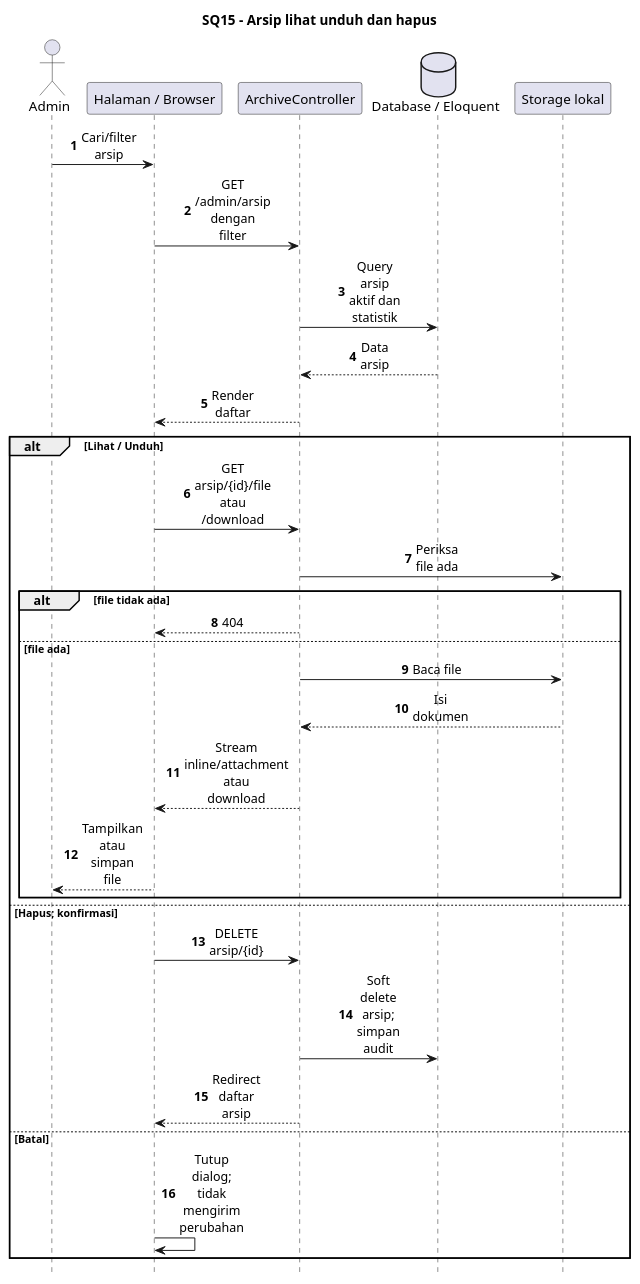
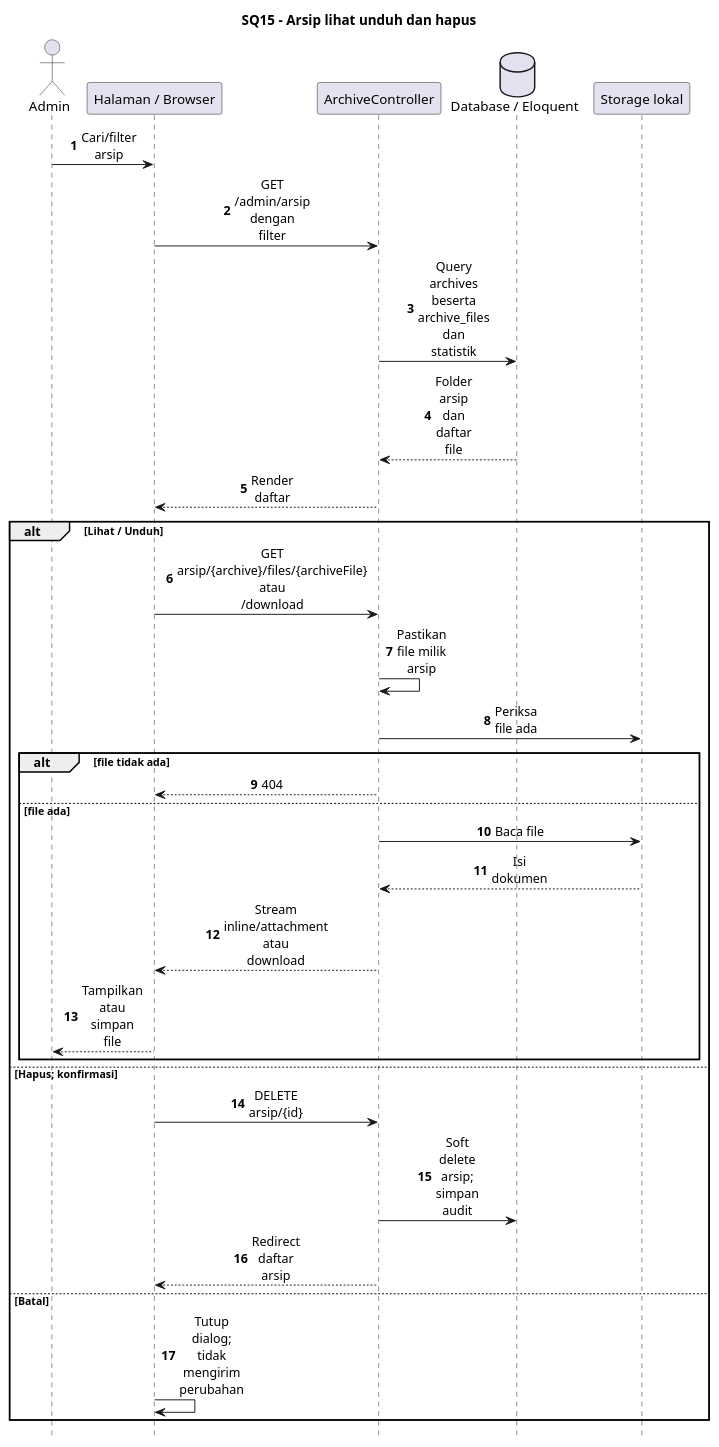
Before and after one commit to Samuel-smr/Satpolpp: diagram 15 of 21 in docs/SIPRAJA-sequence.puml, drawn with PlantUML. The commit also changed other lines of this file and 33 other files, not shown here.

Commit message:
Perbarui arsip multi-file dan filter admin

```diff
--- a/docs/SIPRAJA-sequence.puml
+++ b/docs/SIPRAJA-sequence.puml
@@ -554,36 +555,37 @@
 @startuml SQ15
 title SQ15 - Arsip lihat unduh dan hapus
 hide footbox
 skinparam shadowing false
 skinparam sequenceMessageAlign center
 skinparam maxMessageSize 55
 autonumber
 actor "Admin" as A
 participant "Halaman / Browser" as B
 participant "ArchiveController" as C
 database "Database / Eloquent" as D
 participant "Storage lokal" as F
 A -> B : Cari/filter arsip
 B -> C : GET /admin/arsip dengan filter
-C -> D : Query arsip aktif dan statistik
-D --> C : Data arsip
+C -> D : Query archives beserta archive_files dan statistik
+D --> C : Folder arsip dan daftar file
 C --> B : Render daftar
 alt Lihat / Unduh
-B -> C : GET arsip/{id}/file atau /download
+B -> C : GET arsip/{archive}/files/{archiveFile} atau /download
+C -> C : Pastikan file milik arsip
 C -> F : Periksa file ada
 alt file tidak ada
 C --> B : 404
 else file ada
 C -> F : Baca file
 F --> C : Isi dokumen
 C --> B : Stream inline/attachment atau download
 B --> A : Tampilkan atau simpan file
 end
 else Hapus; konfirmasi
 B -> C : DELETE arsip/{id}
 C -> D : Soft delete arsip; simpan audit
 C --> B : Redirect daftar arsip
 else Batal
 B -> B : Tutup dialog; tidak mengirim perubahan
 end
 @enduml
```
